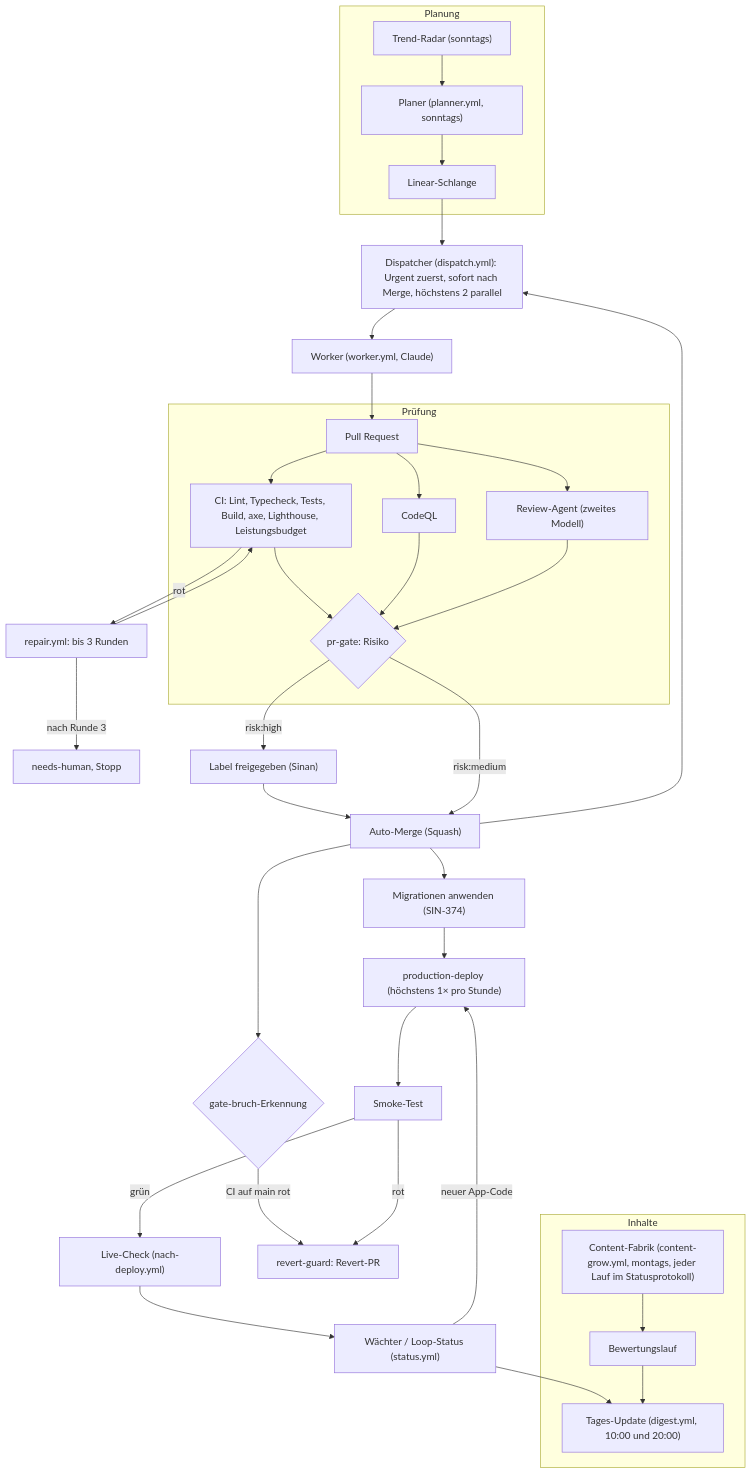
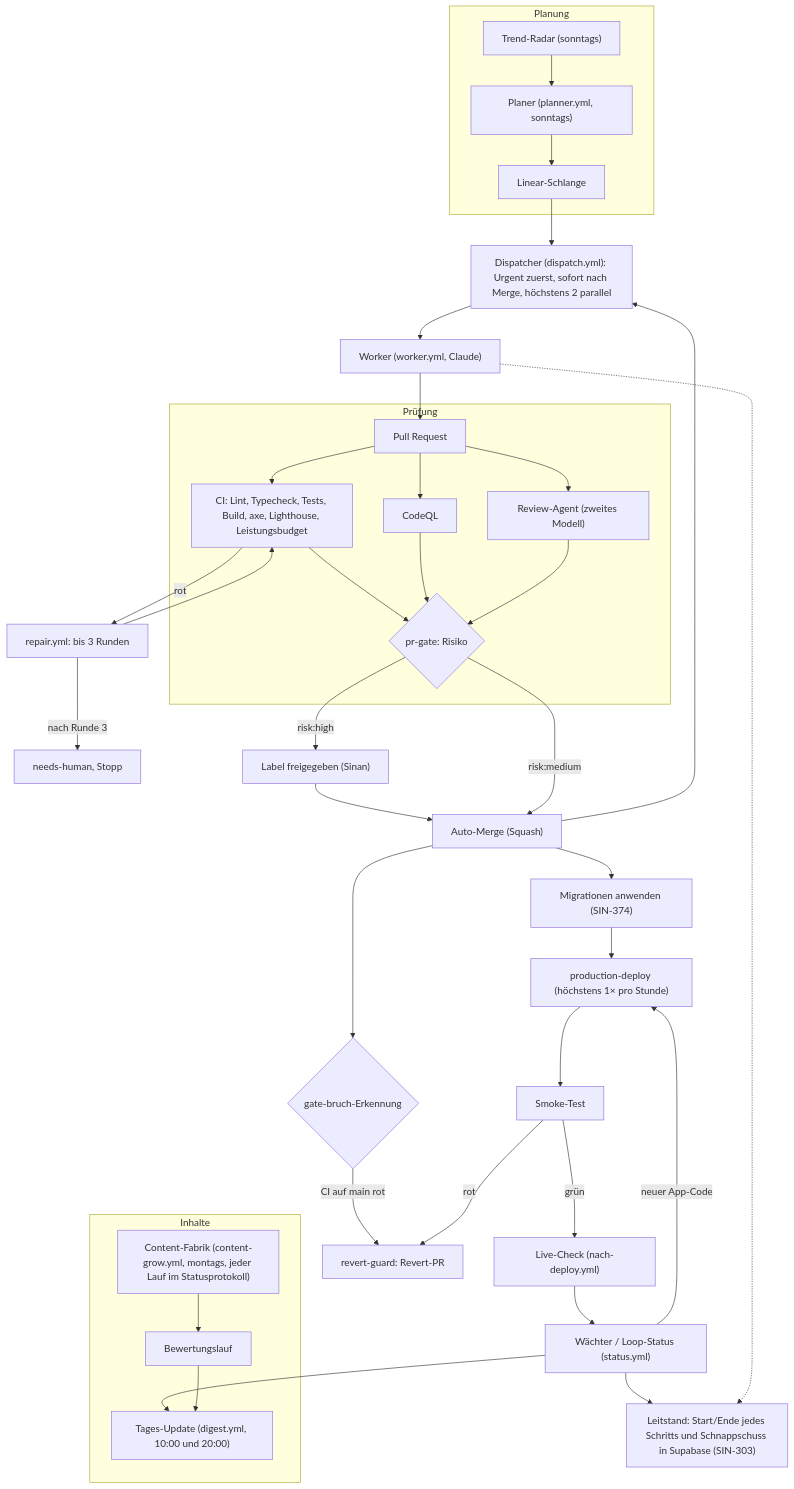
The diagram in docs/diagramme/pipeline.mmd (siinanXD/Content-Agent-Lernapp), drawn with Mermaid before and after one commit. The commit also changed 16 other files, not shown here.

Commit message:
feat(leitstand): Ereignisse und Tokens aus der Pipeline nach Supabase (SIN-303) (#214)

```diff
--- a/docs/diagramme/pipeline.mmd
+++ b/docs/diagramme/pipeline.mmd
@@ -1,39 +1,41 @@
 %% Pipeline-Ablauf des Loops, Stand main 08.10. (SIN-376). Quelle für das FigJam-Board „Pipeline-Ablauf“.
 %% Ändern sich .github/workflows/ oder scripts/autonomy/, diese Datei im selben PR anpassen.
 flowchart TD
   subgraph Planung
     Radar["Trend-Radar (sonntags)"] --> Planer
     Planer["Planer (planner.yml, sonntags)"] --> Schlange["Linear-Schlange"]
   end
   Schlange --> Dispatcher["Dispatcher (dispatch.yml): Urgent zuerst, sofort nach Merge, höchstens 2 parallel"]
   Dispatcher --> Worker["Worker (worker.yml, Claude)"]
   Worker --> PR["Pull Request"]
   subgraph Prüfung
     PR --> CI["CI: Lint, Typecheck, Tests, Build, axe, Lighthouse, Leistungsbudget"]
     PR --> CodeQL["CodeQL"]
     PR --> Review["Review-Agent (zweites Modell)"]
     CI --> Gate{"pr-gate: Risiko"}
     CodeQL --> Gate
     Review --> Gate
   end
   CI -- rot --> Repair["repair.yml: bis 3 Runden"]
   Repair --> CI
   Repair -- "nach Runde 3" --> Mensch["needs-human, Stopp"]
   Gate -- "risk:high" --> Freigabe["Label freigegeben (Sinan)"]
   Freigabe --> Merge
   Gate -- "risk:medium" --> Merge["Auto-Merge (Squash)"]
   Merge --> Dispatcher
   Merge --> Migr["Migrationen anwenden (SIN-374)"]
   Merge --> Bruch{"gate-bruch-Erkennung"}
   Bruch -- "CI auf main rot" --> Revert["revert-guard: Revert-PR"]
   Migr --> Deploy["production-deploy (höchstens 1× pro Stunde)"]
   Deploy --> Smoke["Smoke-Test"]
   Smoke -- rot --> Revert
   Smoke -- grün --> Live["Live-Check (nach-deploy.yml)"]
   Live --> Waechter["Wächter / Loop-Status (status.yml)"]
   Waechter -- "neuer App-Code" --> Deploy
   Waechter --> Update["Tages-Update (digest.yml, 10:00 und 20:00)"]
+  Waechter --> Leitstand["Leitstand: Start/Ende jedes Schritts und Schnappschuss in Supabase (SIN-303)"]
+  Worker -.-> Leitstand
   subgraph Inhalte
     Fabrik["Content-Fabrik (content-grow.yml, montags, jeder Lauf im Statusprotokoll)"] --> Bewertung["Bewertungslauf"]
     Bewertung --> Update
   end
```
